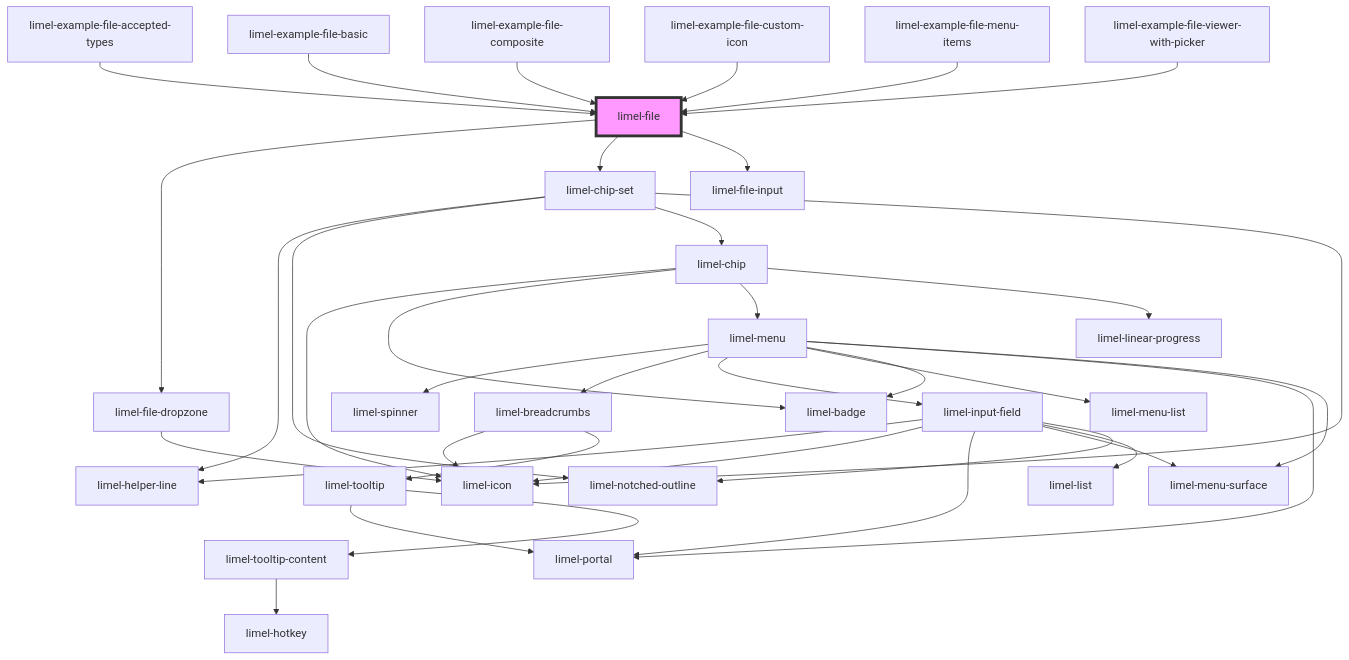
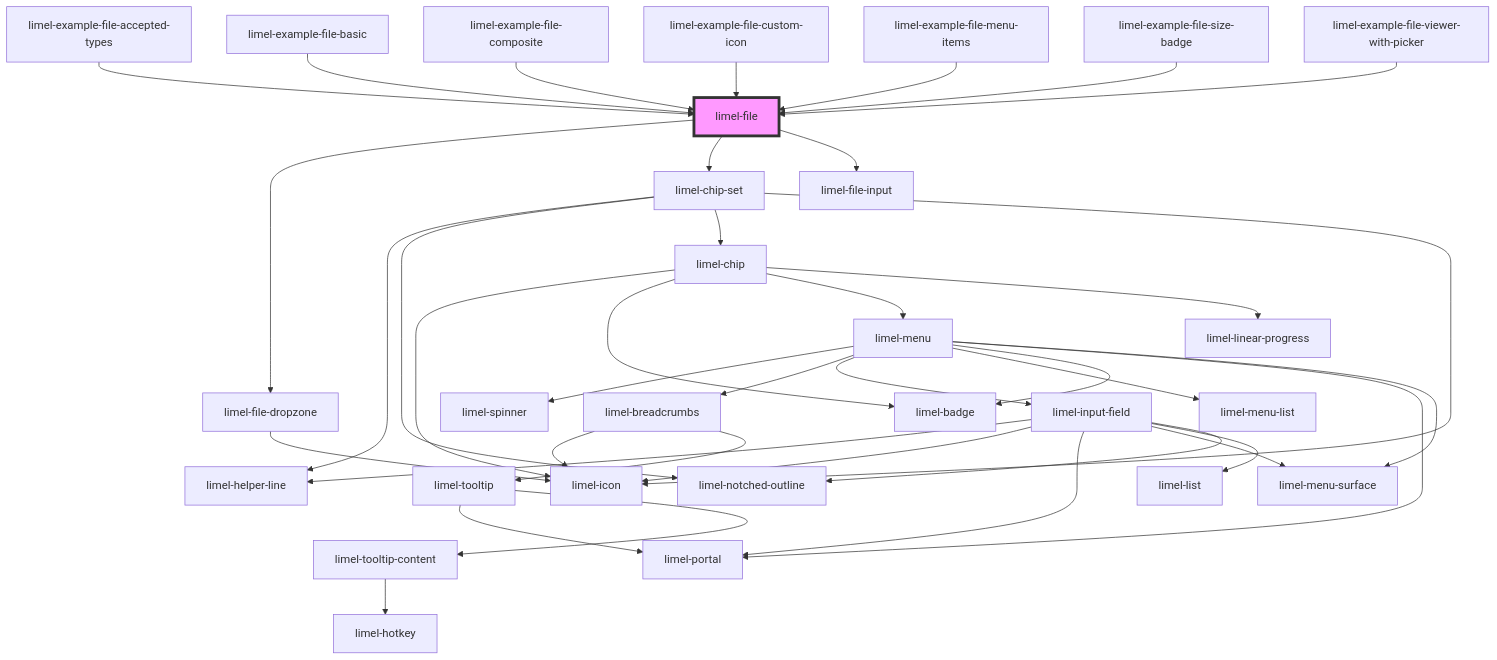
The diagram in versions/PR-4147/markdown-docs/components/file/readme.md (Lundalogik/lime-elements), drawn with Mermaid before and after one commit. The commit also changed other lines of this file and 350 other files, not shown here.

````diff
--- a/versions/PR-4147/markdown-docs/components/file/readme.md
+++ b/versions/PR-4147/markdown-docs/components/file/readme.md
@@ -75,40 +76,41 @@
 ```mermaid
 graph TD;
   limel-file --> limel-file-dropzone
   limel-file --> limel-chip-set
   limel-file --> limel-file-input
   limel-file-dropzone --> limel-icon
   limel-chip-set --> limel-helper-line
   limel-chip-set --> limel-notched-outline
   limel-chip-set --> limel-chip
   limel-chip-set --> limel-icon
   limel-chip --> limel-icon
   limel-chip --> limel-badge
   limel-chip --> limel-menu
   limel-chip --> limel-linear-progress
   limel-menu --> limel-spinner
   limel-menu --> limel-breadcrumbs
   limel-menu --> limel-input-field
   limel-menu --> limel-menu-list
   limel-menu --> limel-badge
   limel-menu --> limel-portal
   limel-menu --> limel-menu-surface
   limel-breadcrumbs --> limel-icon
   limel-breadcrumbs --> limel-tooltip
   limel-tooltip --> limel-portal
   limel-tooltip --> limel-tooltip-content
   limel-tooltip-content --> limel-hotkey
   limel-input-field --> limel-helper-line
   limel-input-field --> limel-icon
   limel-input-field --> limel-portal
   limel-input-field --> limel-menu-surface
   limel-input-field --> limel-list
   limel-input-field --> limel-notched-outline
   limel-example-file-accepted-types --> limel-file
   limel-example-file-basic --> limel-file
   limel-example-file-composite --> limel-file
   limel-example-file-custom-icon --> limel-file
   limel-example-file-menu-items --> limel-file
+  limel-example-file-size-badge --> limel-file
   limel-example-file-viewer-with-picker --> limel-file
   style limel-file fill:#f9f,stroke:#333,stroke-width:4px
 ```
````
